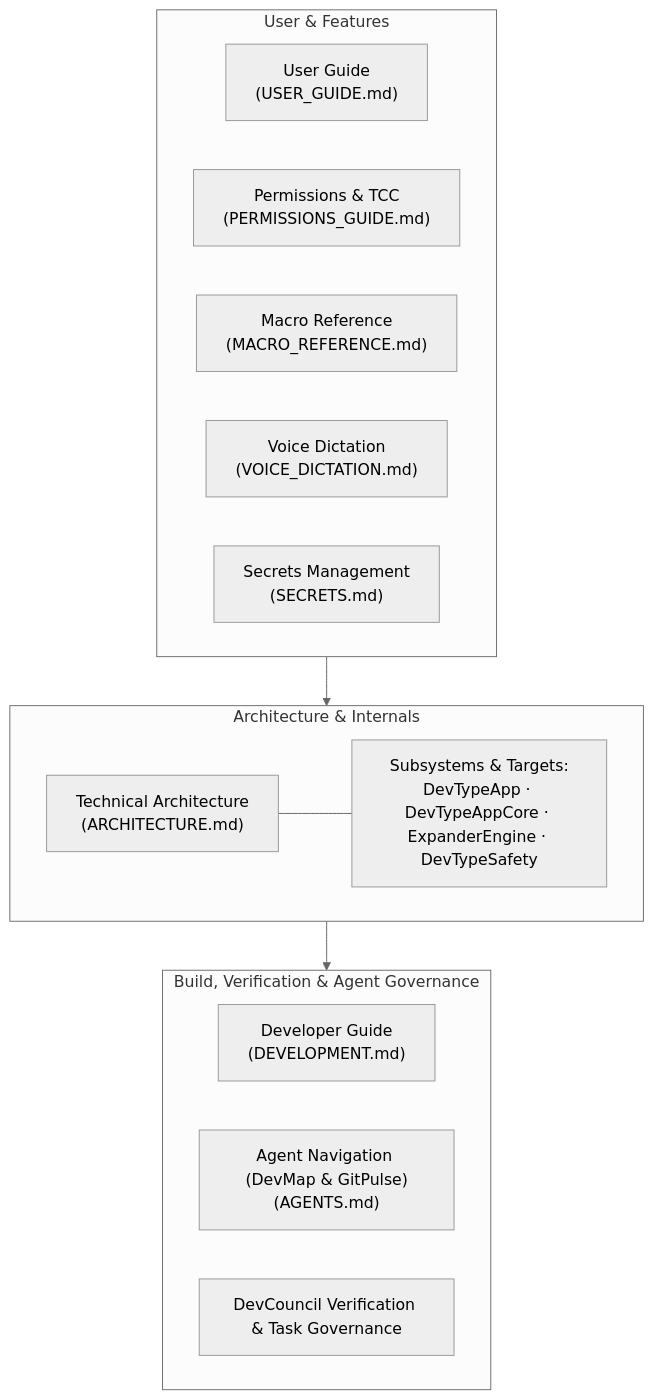
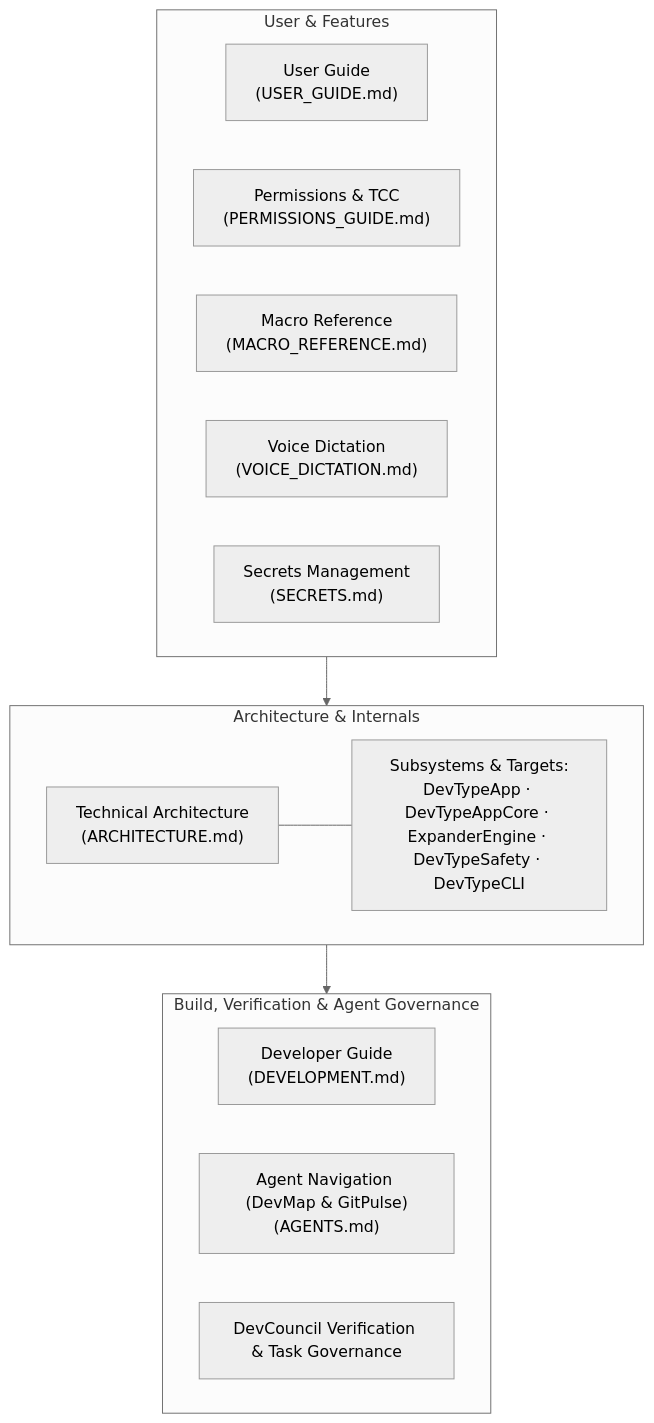
Before and after one commit to bharathvbcr/DevType: the diagram in docs/README.md, drawn with Mermaid (neutral theme). The commit also changed other lines of this file and 14 other files, not shown here.

````diff
--- a/docs/README.md
+++ b/docs/README.md
@@ -5,25 +5,25 @@
 ```mermaid
 flowchart TD
     subgraph Use["User & Features"]
         UG["User Guide<br/>(USER_GUIDE.md)"]
         Perm["Permissions & TCC<br/>(PERMISSIONS_GUIDE.md)"]
         Macro["Macro Reference<br/>(MACRO_REFERENCE.md)"]
         Voice["Voice Dictation<br/>(VOICE_DICTATION.md)"]
         Sec["Secrets Management<br/>(SECRETS.md)"]
     end
 
     subgraph Core["Architecture & Internals"]
         Arch["Technical Architecture<br/>(ARCHITECTURE.md)"]
-        Targets["Subsystems & Targets:<br/>DevTypeApp · DevTypeAppCore · ExpanderEngine · DevTypeSafety"]
+        Targets["Subsystems & Targets:<br/>DevTypeApp · DevTypeAppCore · ExpanderEngine · DevTypeSafety · DevTypeCLI"]
         Arch --- Targets
     end
 
     subgraph Build["Build, Verification & Agent Governance"]
         Dev["Developer Guide<br/>(DEVELOPMENT.md)"]
         Agents["Agent Navigation (DevMap & GitPulse)<br/>(AGENTS.md)"]
         Council["DevCouncil Verification & Task Governance"]
     end
 
     Use --> Core
     Core --> Build
 ```
````
